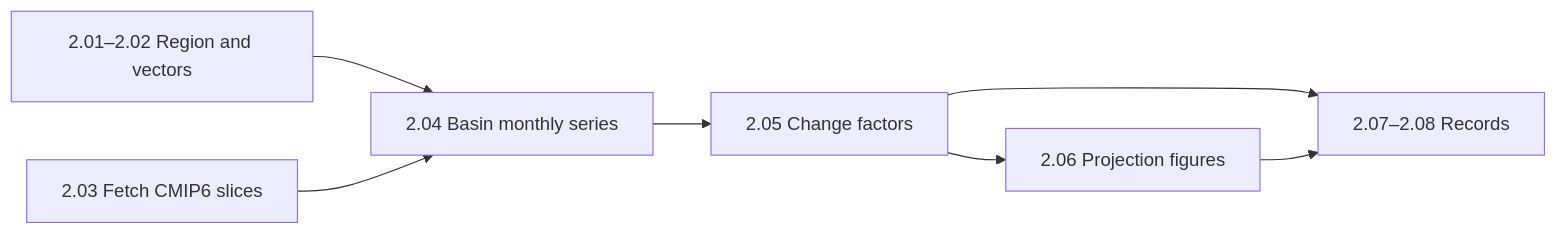
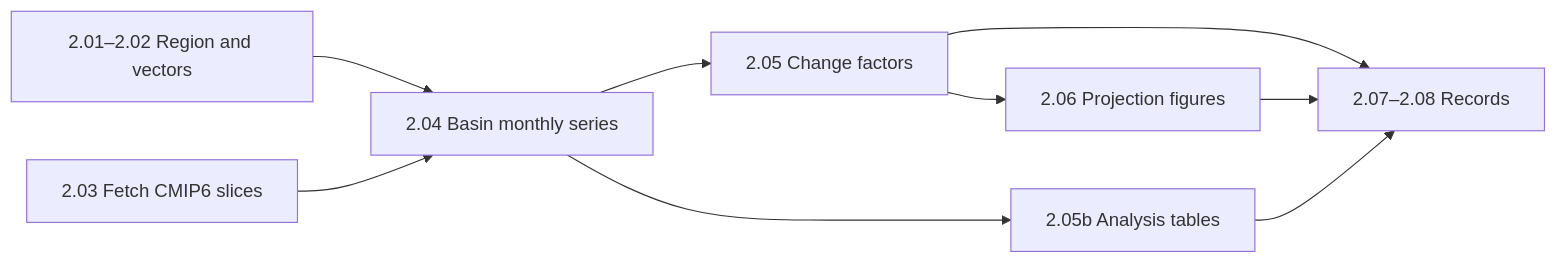
One commit to tanerumit/blueearth_cst changed the diagram in docs/site/toolbox-reference/workflow-analyze-projections.qmd. Above: the diagram before and after it, drawn with Mermaid. The commit also changed other lines of this file and 7 other files, not shown here.

Commit message:
feat(wf2): prepare analysis tables in an independent rule

````diff
--- a/docs/site/toolbox-reference/workflow-analyze-projections.qmd
+++ b/docs/site/toolbox-reference/workflow-analyze-projections.qmd
@@ -25,9 +26,11 @@
 ```{mermaid}
 flowchart LR
   A["2.01–2.02 Region and vectors"] --> C["2.04 Basin monthly series"]
   B["2.03 Fetch CMIP6 slices"] --> C
   C --> D["2.05 Change factors"]
+  C --> G["2.05b Analysis tables"]
   D --> E["2.06 Projection figures"]
   D --> F["2.07–2.08 Records"]
   E --> F
+  G --> F
 ```
````
